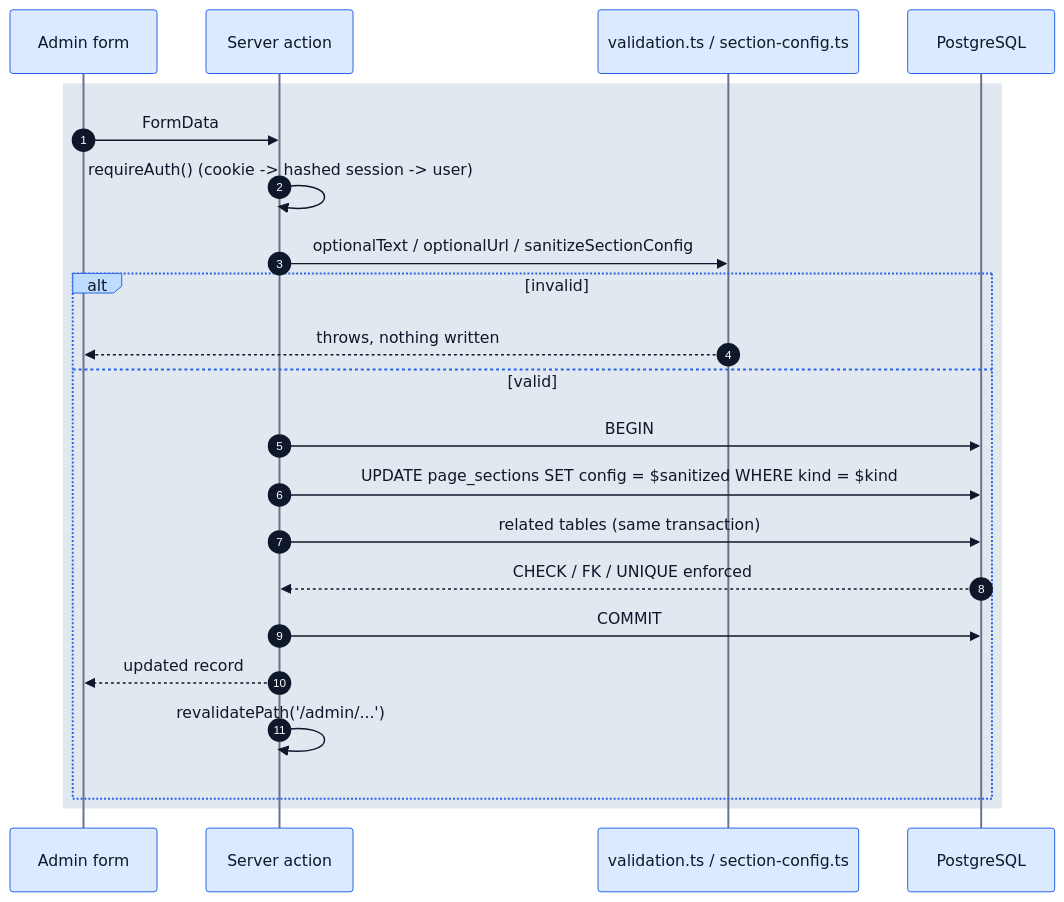
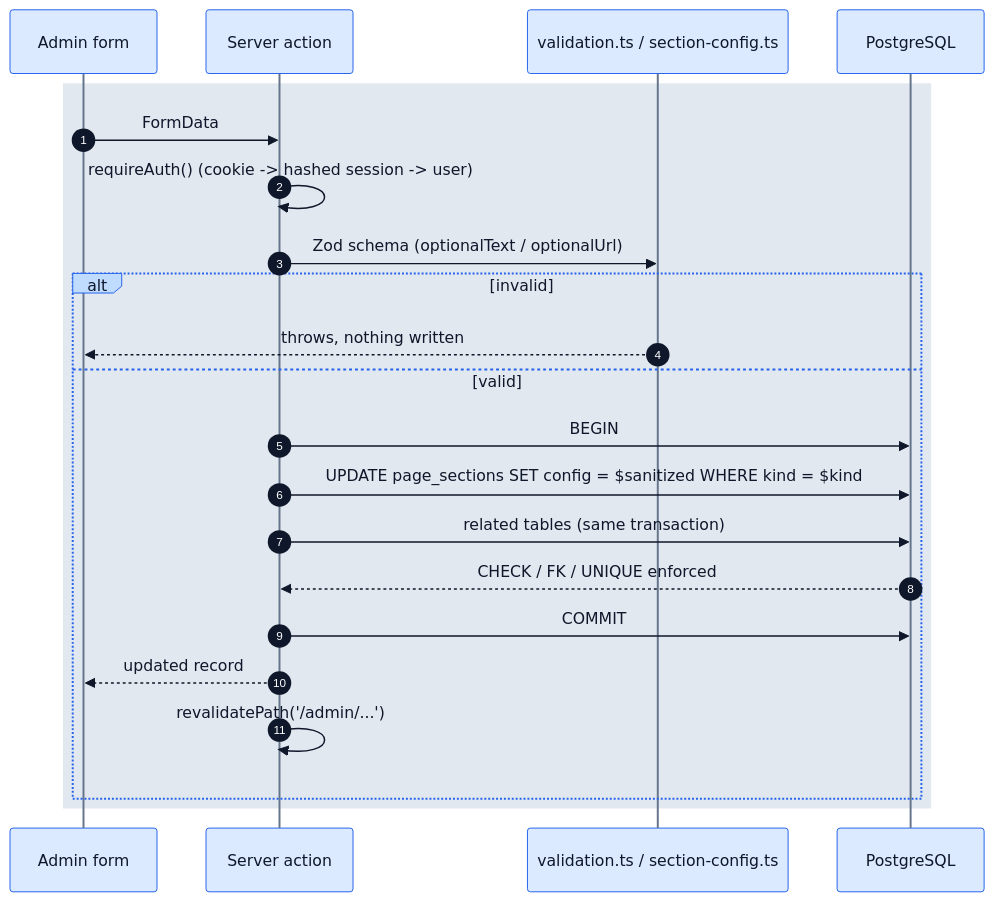
One commit to mhmdsbr/portfolio changed the seventh of 14 diagrams in docs/database-architecture.md. Above: the diagram before and after it, drawn with Mermaid. The commit also changed other lines of this file and 31 other files, not shown here.

````diff
--- a/docs/database-architecture.md
+++ b/docs/database-architecture.md
@@ -295,26 +295,26 @@
 ```mermaid
 %%{init: {'theme':'base','themeVariables':{'primaryColor':'#dbeafe','primaryTextColor':'#0f172a','primaryBorderColor':'#2563eb','lineColor':'#64748b','textColor':'#0f172a','actorBkg':'#dbeafe','actorTextColor':'#0f172a','actorBorder':'#2563eb','actorLineColor':'#64748b','signalColor':'#0f172a','signalTextColor':'#0f172a','labelBoxBkgColor':'#bfdbfe','labelBoxBorderColor':'#2563eb','labelTextColor':'#0f172a','loopTextColor':'#0f172a','noteBkgColor':'#fef9c3','noteTextColor':'#0f172a','noteBorderColor':'#ca8a04','sequenceNumberColor':'#ffffff'}}}%%
 sequenceDiagram
     autonumber
     participant F as Admin form
     participant S as Server action
     participant V as validation.ts / section-config.ts
     participant DB as PostgreSQL
 
     rect rgb(226, 232, 240)
     F->>S: FormData
     S->>S: requireAuth() (cookie -> hashed session -> user)
-    S->>V: optionalText / optionalUrl / sanitizeSectionConfig
+    S->>V: Zod schema (optionalText / optionalUrl)
     alt invalid
         V-->>F: throws, nothing written
     else valid
         S->>DB: BEGIN
         S->>DB: UPDATE page_sections SET config = $sanitized WHERE kind = $kind
         S->>DB: related tables (same transaction)
         DB-->>S: CHECK / FK / UNIQUE enforced
         S->>DB: COMMIT
         S-->>F: updated record
         S->>S: revalidatePath('/admin/...')
     end
     end
 ```
````
